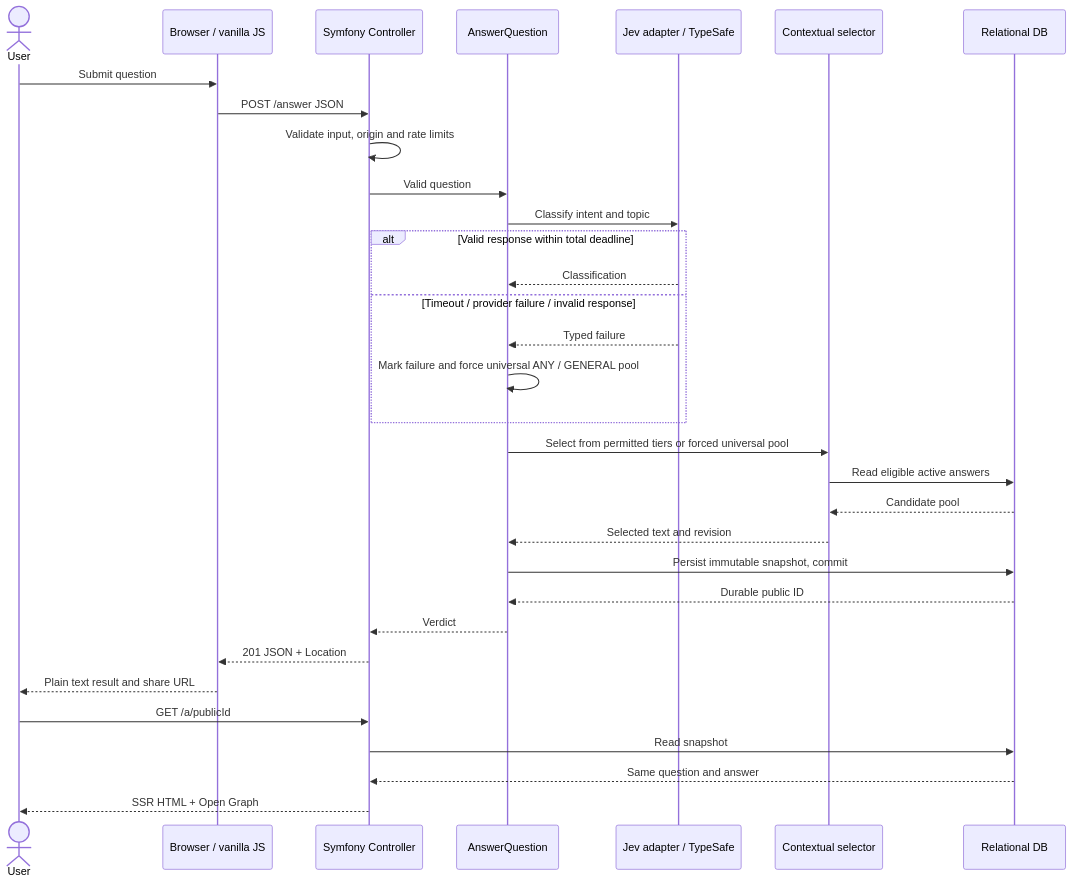
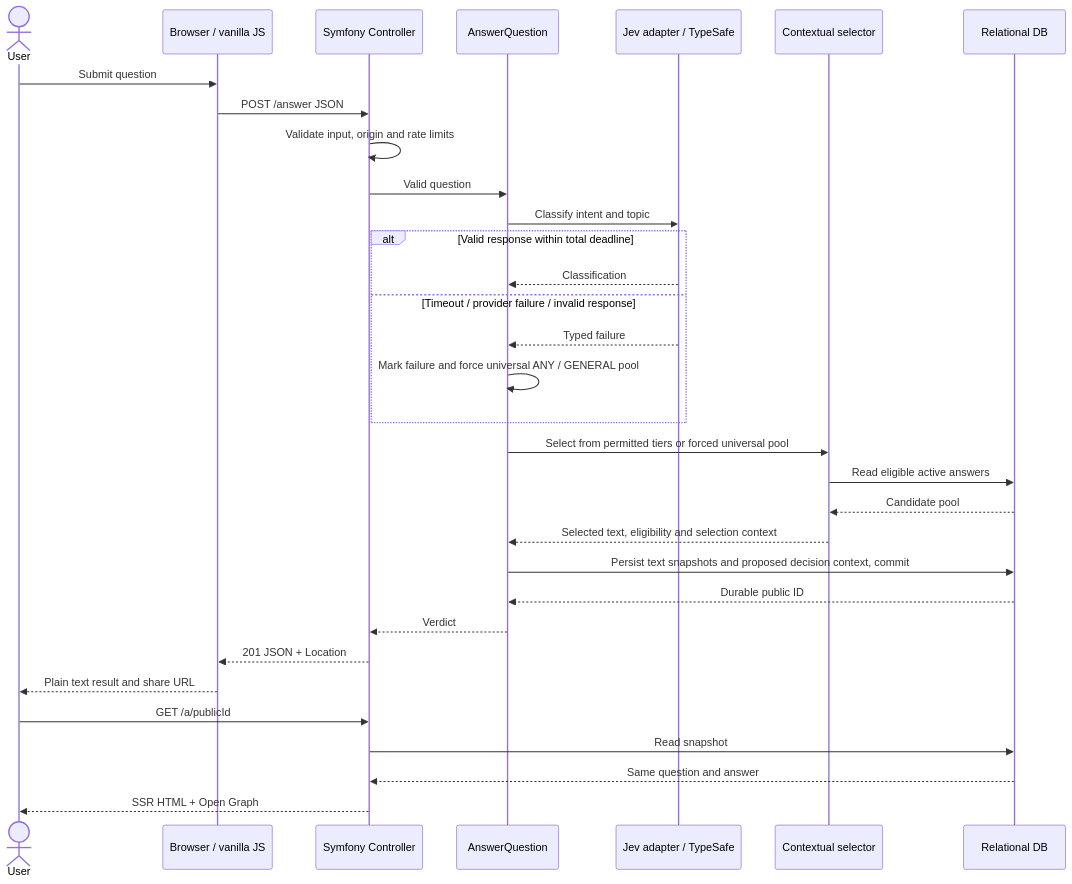
One commit to guri4ek/we-know changed the fourth of 5 diagrams in docs/architecture/c4.md. Above: the diagram before and after it, drawn with Mermaid. The commit also changed other lines of this file and 10 other files, not shown here.

````diff
--- a/docs/architecture/c4.md
+++ b/docs/architecture/c4.md
@@ -82,34 +84,34 @@
 ```mermaid
 sequenceDiagram
     actor User
     participant UI as Browser / vanilla JS
     participant HTTP as Symfony Controller
     participant App as AnswerQuestion
     participant Jev as Jev adapter / TypeSafe
     participant Select as Contextual selector
     participant DB as Relational DB
     User->>UI: Submit question
     UI->>HTTP: POST /answer JSON
     HTTP->>HTTP: Validate input, origin and rate limits
     HTTP->>App: Valid question
     App->>Jev: Classify intent and topic
     alt Valid response within total deadline
         Jev-->>App: Classification
     else Timeout / provider failure / invalid response
         Jev-->>App: Typed failure
         App->>App: Mark failure and force universal ANY / GENERAL pool
     end
     App->>Select: Select from permitted tiers or forced universal pool
     Select->>DB: Read eligible active answers
     DB-->>Select: Candidate pool
-    Select-->>App: Selected text and revision
-    App->>DB: Persist immutable snapshot, commit
+    Select-->>App: Selected text, eligibility and selection context
+    App->>DB: Persist text snapshots and proposed decision context, commit
     DB-->>App: Durable public ID
     App-->>HTTP: Verdict
     HTTP-->>UI: 201 JSON + Location
     UI-->>User: Plain text result and share URL
     User->>HTTP: GET /a/publicId
     HTTP->>DB: Read snapshot
     DB-->>HTTP: Same question and answer
     HTTP-->>User: SSR HTML + Open Graph
 ```
````
